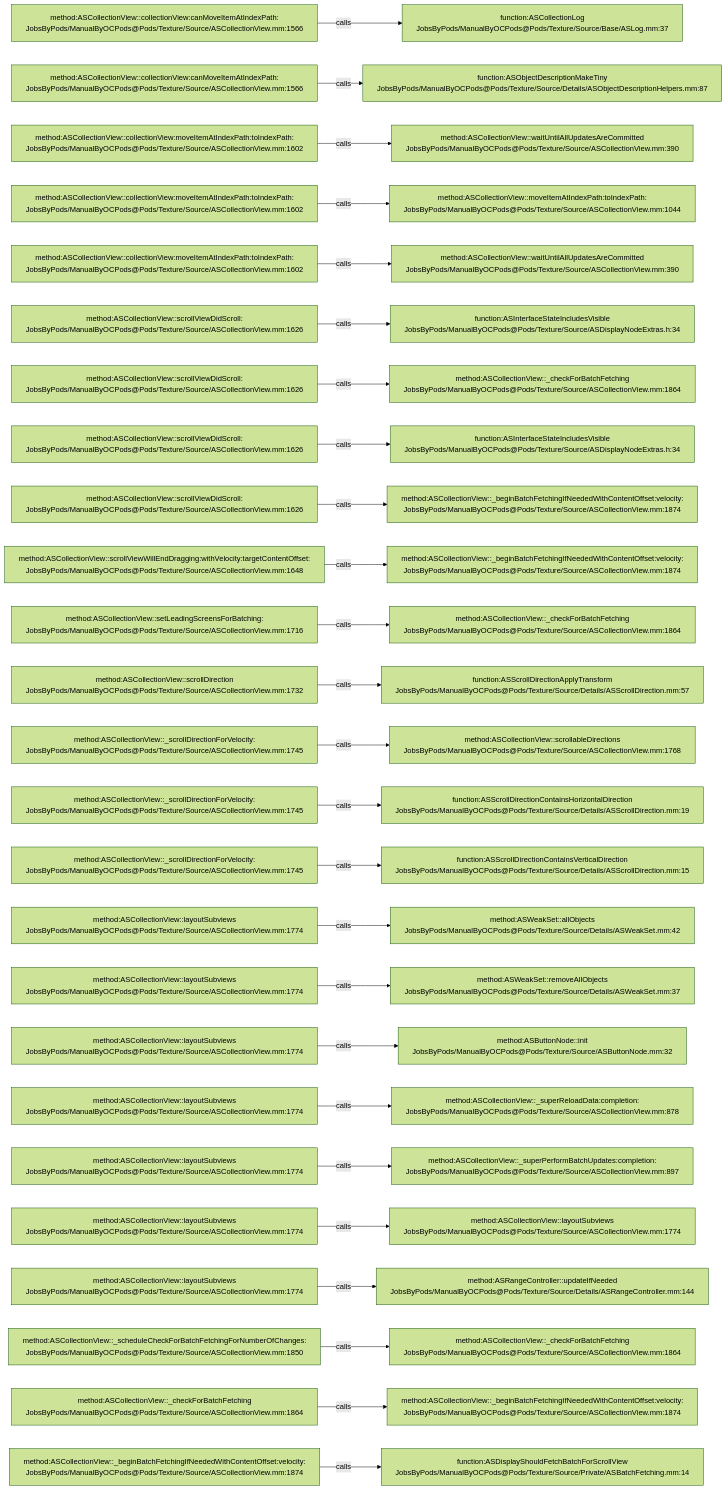
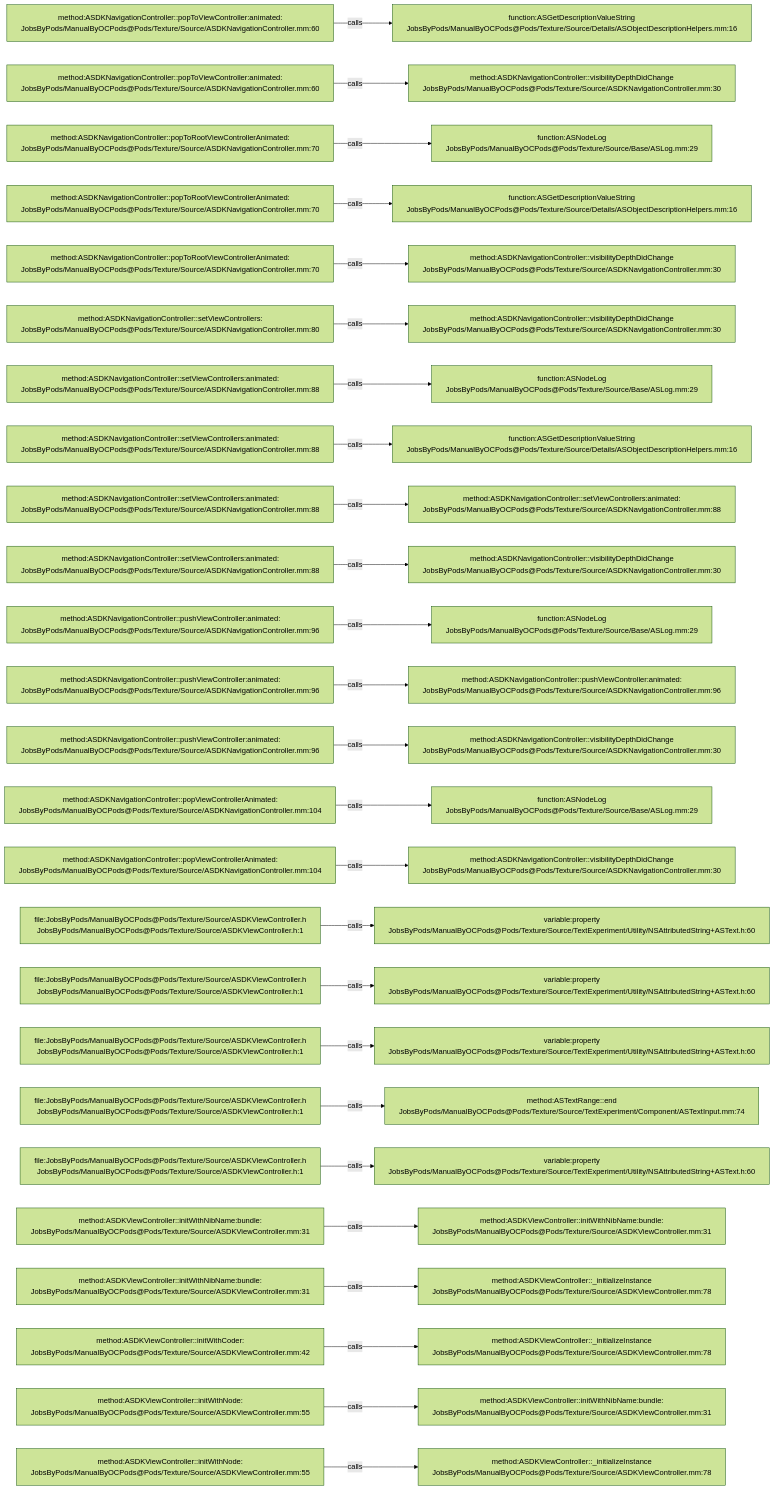
The diagram in .codegraph/codegraph.md/graphs/calls-080.md (JobsKits/JobsOCBaseConfigDemo), drawn with Mermaid (forest theme) before and after one commit. The commit also changed 1448 other files, not shown here.

````diff
--- a/.codegraph/codegraph.md/graphs/calls-080.md
+++ b/.codegraph/codegraph.md/graphs/calls-080.md
@@ -13,78 +13,78 @@
 ```mermaid
 flowchart LR
-  S1["method:ASCollectionView::collectionView:canMoveItemAtIndexPath:<br/>JobsByPods/ManualByOCPods@Pods/Texture/Source/ASCollectionView.mm:1566"]
-  T1["function:ASCollectionLog<br/>JobsByPods/ManualByOCPods@Pods/Texture/Source/Base/ASLog.mm:37"]
+  S1["method:ASDKNavigationController::popToViewController:animated:<br/>JobsByPods/ManualByOCPods@Pods/Texture/Source/ASDKNavigationController.mm:60"]
+  T1["function:ASGetDescriptionValueString<br/>JobsByPods/ManualByOCPods@Pods/Texture/Source/Details/ASObjectDescriptionHelpers.mm:16"]
   S1 -->|calls| T1
-  S2["method:ASCollectionView::collectionView:canMoveItemAtIndexPath:<br/>JobsByPods/ManualByOCPods@Pods/Texture/Source/ASCollectionView.mm:1566"]
-  T2["function:ASObjectDescriptionMakeTiny<br/>JobsByPods/ManualByOCPods@Pods/Texture/Source/Details/ASObjectDescriptionHelpers.mm:87"]
+  S2["method:ASDKNavigationController::popToViewController:animated:<br/>JobsByPods/ManualByOCPods@Pods/Texture/Source/ASDKNavigationController.mm:60"]
+  T2["method:ASDKNavigationController::visibilityDepthDidChange<br/>JobsByPods/ManualByOCPods@Pods/Texture/Source/ASDKNavigationController.mm:30"]
   S2 -->|calls| T2
-  S3["method:ASCollectionView::collectionView:moveItemAtIndexPath:toIndexPath:<br/>JobsByPods/ManualByOCPods@Pods/Texture/Source/ASCollectionView.mm:1602"]
-  T3["method:ASCollectionView::waitUntilAllUpdatesAreCommitted<br/>JobsByPods/ManualByOCPods@Pods/Texture/Source/ASCollectionView.mm:390"]
+  S3["method:ASDKNavigationController::popToRootViewControllerAnimated:<br/>JobsByPods/ManualByOCPods@Pods/Texture/Source/ASDKNavigationController.mm:70"]
+  T3["function:ASNodeLog<br/>JobsByPods/ManualByOCPods@Pods/Texture/Source/Base/ASLog.mm:29"]
   S3 -->|calls| T3
-  S4["method:ASCollectionView::collectionView:moveItemAtIndexPath:toIndexPath:<br/>JobsByPods/ManualByOCPods@Pods/Texture/Source/ASCollectionView.mm:1602"]
-  T4["method:ASCollectionView::moveItemAtIndexPath:toIndexPath:<br/>JobsByPods/ManualByOCPods@Pods/Texture/Source/ASCollectionView.mm:1044"]
+  S4["method:ASDKNavigationController::popToRootViewControllerAnimated:<br/>JobsByPods/ManualByOCPods@Pods/Texture/Source/ASDKNavigationController.mm:70"]
+  T4["function:ASGetDescriptionValueString<br/>JobsByPods/ManualByOCPods@Pods/Texture/Source/Details/ASObjectDescriptionHelpers.mm:16"]
   S4 -->|calls| T4
-  S5["method:ASCollectionView::collectionView:moveItemAtIndexPath:toIndexPath:<br/>JobsByPods/ManualByOCPods@Pods/Texture/Source/ASCollectionView.mm:1602"]
-  T5["method:ASCollectionView::waitUntilAllUpdatesAreCommitted<br/>JobsByPods/ManualByOCPods@Pods/Texture/Source/ASCollectionView.mm:390"]
+  S5["method:ASDKNavigationController::popToRootViewControllerAnimated:<br/>JobsByPods/ManualByOCPods@Pods/Texture/Source/ASDKNavigationController.mm:70"]
+  T5["method:ASDKNavigationController::visibilityDepthDidChange<br/>JobsByPods/ManualByOCPods@Pods/Texture/Source/ASDKNavigationController.mm:30"]
   S5 -->|calls| T5
-  S6["method:ASCollectionView::scrollViewDidScroll:<br/>JobsByPods/ManualByOCPods@Pods/Texture/Source/ASCollectionView.mm:1626"]
-  T6["function:ASInterfaceStateIncludesVisible<br/>JobsByPods/ManualByOCPods@Pods/Texture/Source/ASDisplayNodeExtras.h:34"]
+  S6["method:ASDKNavigationController::setViewControllers:<br/>JobsByPods/ManualByOCPods@Pods/Texture/Source/ASDKNavigationController.mm:80"]
+  T6["method:ASDKNavigationController::visibilityDepthDidChange<br/>JobsByPods/ManualByOCPods@Pods/Texture/Source/ASDKNavigationController.mm:30"]
   S6 -->|calls| T6
-  S7["method:ASCollectionView::scrollViewDidScroll:<br/>JobsByPods/ManualByOCPods@Pods/Texture/Source/ASCollectionView.mm:1626"]
-  T7["method:ASCollectionView::_checkForBatchFetching<br/>JobsByPods/ManualByOCPods@Pods/Texture/Source/ASCollectionView.mm:1864"]
+  S7["method:ASDKNavigationController::setViewControllers:animated:<br/>JobsByPods/ManualByOCPods@Pods/Texture/Source/ASDKNavigationController.mm:88"]
+  T7["function:ASNodeLog<br/>JobsByPods/ManualByOCPods@Pods/Texture/Source/Base/ASLog.mm:29"]
   S7 -->|calls| T7
-  S8["method:ASCollectionView::scrollViewDidScroll:<br/>JobsByPods/ManualByOCPods@Pods/Texture/Source/ASCollectionView.mm:1626"]
-  T8["function:ASInterfaceStateIncludesVisible<br/>JobsByPods/ManualByOCPods@Pods/Texture/Source/ASDisplayNodeExtras.h:34"]
+  S8["method:ASDKNavigationController::setViewControllers:animated:<br/>JobsByPods/ManualByOCPods@Pods/Texture/Source/ASDKNavigationController.mm:88"]
+  T8["function:ASGetDescriptionValueString<br/>JobsByPods/ManualByOCPods@Pods/Texture/Source/Details/ASObjectDescriptionHelpers.mm:16"]
   S8 -->|calls| T8
-  S9["method:ASCollectionView::scrollViewDidScroll:<br/>JobsByPods/ManualByOCPods@Pods/Texture/Source/ASCollectionView.mm:1626"]
-  T9["method:ASCollectionView::_beginBatchFetchingIfNeededWithContentOffset:velocity:<br/>JobsByPods/ManualByOCPods@Pods/Texture/Source/ASCollectionView.mm:1874"]
+  S9["method:ASDKNavigationController::setViewControllers:animated:<br/>JobsByPods/ManualByOCPods@Pods/Texture/Source/ASDKNavigationController.mm:88"]
+  T9["method:ASDKNavigationController::setViewControllers:animated:<br/>JobsByPods/ManualByOCPods@Pods/Texture/Source/ASDKNavigationController.mm:88"]
   S9 -->|calls| T9
-  S10["method:ASCollectionView::scrollViewWillEndDragging:withVelocity:targetContentOffset:<br/>JobsByPods/ManualByOCPods@Pods/Texture/Source/ASCollectionView.mm:1648"]
-  T10["method:ASCollectionView::_beginBatchFetchingIfNeededWithContentOffset:velocity:<br/>JobsByPods/ManualByOCPods@Pods/Texture/Source/ASCollectionView.mm:1874"]
+  S10["method:ASDKNavigationController::setViewControllers:animated:<br/>JobsByPods/ManualByOCPods@Pods/Texture/Source/ASDKNavigationController.mm:88"]
+  T10["method:ASDKNavigationController::visibilityDepthDidChange<br/>JobsByPods/ManualByOCPods@Pods/Texture/Source/ASDKNavigationController.mm:30"]
   S10 -->|calls| T10
-  S11["method:ASCollectionView::setLeadingScreensForBatching:<br/>JobsByPods/ManualByOCPods@Pods/Texture/Source/ASCollectionView.mm:1716"]
-  T11["method:ASCollectionView::_checkForBatchFetching<br/>JobsByPods/ManualByOCPods@Pods/Texture/Source/ASCollectionView.mm:1864"]
+  S11["method:ASDKNavigationController::pushViewController:animated:<br/>JobsByPods/ManualByOCPods@Pods/Texture/Source/ASDKNavigationController.mm:96"]
+  T11["function:ASNodeLog<br/>JobsByPods/ManualByOCPods@Pods/Texture/Source/Base/ASLog.mm:29"]
   S11 -->|calls| T11
-  S12["method:ASCollectionView::scrollDirection<br/>JobsByPods/ManualByOCPods@Pods/Texture/Source/ASCollectionView.mm:1732"]
-  T12["function:ASScrollDirectionApplyTransform<br/>JobsByPods/ManualByOCPods@Pods/Texture/Source/Details/ASScrollDirection.mm:57"]
+  S12["method:ASDKNavigationController::pushViewController:animated:<br/>JobsByPods/ManualByOCPods@Pods/Texture/Source/ASDKNavigationController.mm:96"]
+  T12["method:ASDKNavigationController::pushViewController:animated:<br/>JobsByPods/ManualByOCPods@Pods/Texture/Source/ASDKNavigationController.mm:96"]
   S12 -->|calls| T12
-  S13["method:ASCollectionView::_scrollDirectionForVelocity:<br/>JobsByPods/ManualByOCPods@Pods/Texture/Source/ASCollectionView.mm:1745"]
-  T13["method:ASCollectionView::scrollableDirections<br/>JobsByPods/ManualByOCPods@Pods/Texture/Source/ASCollectionView.mm:1768"]
+  S13["method:ASDKNavigationController::pushViewController:animated:<br/>JobsByPods/ManualByOCPods@Pods/Texture/Source/ASDKNavigationController.mm:96"]
+  T13["method:ASDKNavigationController::visibilityDepthDidChange<br/>JobsByPods/ManualByOCPods@Pods/Texture/Source/ASDKNavigationController.mm:30"]
   S13 -->|calls| T13
-  S14["method:ASCollectionView::_scrollDirectionForVelocity:<br/>JobsByPods/ManualByOCPods@Pods/Texture/Source/ASCollectionView.mm:1745"]
-  T14["function:ASScrollDirectionContainsHorizontalDirection<br/>JobsByPods/ManualByOCPods@Pods/Texture/Source/Details/ASScrollDirection.mm:19"]
+  S14["method:ASDKNavigationController::popViewControllerAnimated:<br/>JobsByPods/ManualByOCPods@Pods/Texture/Source/ASDKNavigationController.mm:104"]
+  T14["function:ASNodeLog<br/>JobsByPods/ManualByOCPods@Pods/Texture/Source/Base/ASLog.mm:29"]
   S14 -->|calls| T14
-  S15["method:ASCollectionView::_scrollDirectionForVelocity:<br/>JobsByPods/ManualByOCPods@Pods/Texture/Source/ASCollectionView.mm:1745"]
-  T15["function:ASScrollDirectionContainsVerticalDirection<br/>JobsByPods/ManualByOCPods@Pods/Texture/Source/Details/ASScrollDirection.mm:15"]
+  S15["method:ASDKNavigationController::popViewControllerAnimated:<br/>JobsByPods/ManualByOCPods@Pods/Texture/Source/ASDKNavigationController.mm:104"]
+  T15["method:ASDKNavigationController::visibilityDepthDidChange<br/>JobsByPods/ManualByOCPods@Pods/Texture/Source/ASDKNavigationController.mm:30"]
   S15 -->|calls| T15
-  S16["method:ASCollectionView::layoutSubviews<br/>JobsByPods/ManualByOCPods@Pods/Texture/Source/ASCollectionView.mm:1774"]
-  T16["method:ASWeakSet::allObjects<br/>JobsByPods/ManualByOCPods@Pods/Texture/Source/Details/ASWeakSet.mm:42"]
+  S16["file:JobsByPods/ManualByOCPods@Pods/Texture/Source/ASDKViewController.h<br/>JobsByPods/ManualByOCPods@Pods/Texture/Source/ASDKViewController.h:1"]
+  T16["variable:property<br/>JobsByPods/ManualByOCPods@Pods/Texture/Source/TextExperiment/Utility/NSAttributedString+ASText.h:60"]
   S16 -->|calls| T16
-  S17["method:ASCollectionView::layoutSubviews<br/>JobsByPods/ManualByOCPods@Pods/Texture/Source/ASCollectionView.mm:1774"]
-  T17["method:ASWeakSet::removeAllObjects<br/>JobsByPods/ManualByOCPods@Pods/Texture/Source/Details/ASWeakSet.mm:37"]
+  S17["file:JobsByPods/ManualByOCPods@Pods/Texture/Source/ASDKViewController.h<br/>JobsByPods/ManualByOCPods@Pods/Texture/Source/ASDKViewController.h:1"]
+  T17["variable:property<br/>JobsByPods/ManualByOCPods@Pods/Texture/Source/TextExperiment/Utility/NSAttributedString+ASText.h:60"]
   S17 -->|calls| T17
-  S18["method:ASCollectionView::layoutSubviews<br/>JobsByPods/ManualByOCPods@Pods/Texture/Source/ASCollectionView.mm:1774"]
-  T18["method:ASButtonNode::init<br/>JobsByPods/ManualByOCPods@Pods/Texture/Source/ASButtonNode.mm:32"]
+  S18["file:JobsByPods/ManualByOCPods@Pods/Texture/Source/ASDKViewController.h<br/>JobsByPods/ManualByOCPods@Pods/Texture/Source/ASDKViewController.h:1"]
+  T18["variable:property<br/>JobsByPods/ManualByOCPods@Pods/Texture/Source/TextExperiment/Utility/NSAttributedString+ASText.h:60"]
   S18 -->|calls| T18
-  S19["method:ASCollectionView::layoutSubviews<br/>JobsByPods/ManualByOCPods@Pods/Texture/Source/ASCollectionView.mm:1774"]
-  T19["method:ASCollectionView::_superReloadData:completion:<br/>JobsByPods/ManualByOCPods@Pods/Texture/Source/ASCollectionView.mm:878"]
+  S19["file:JobsByPods/ManualByOCPods@Pods/Texture/Source/ASDKViewController.h<br/>JobsByPods/ManualByOCPods@Pods/Texture/Source/ASDKViewController.h:1"]
+  T19["method:ASTextRange::end<br/>JobsByPods/ManualByOCPods@Pods/Texture/Source/TextExperiment/Component/ASTextInput.mm:74"]
   S19 -->|calls| T19
-  S20["method:ASCollectionView::layoutSubviews<br/>JobsByPods/ManualByOCPods@Pods/Texture/Source/ASCollectionView.mm:1774"]
-  T20["method:ASCollectionView::_superPerformBatchUpdates:completion:<br/>JobsByPods/ManualByOCPods@Pods/Texture/Source/ASCollectionView.mm:897"]
+  S20["file:JobsByPods/ManualByOCPods@Pods/Texture/Source/ASDKViewController.h<br/>JobsByPods/ManualByOCPods@Pods/Texture/Source/ASDKViewController.h:1"]
+  T20["variable:property<br/>JobsByPods/ManualByOCPods@Pods/Texture/Source/TextExperiment/Utility/NSAttributedString+ASText.h:60"]
   S20 -->|calls| T20
-  S21["method:ASCollectionView::layoutSubviews<br/>JobsByPods/ManualByOCPods@Pods/Texture/Source/ASCollectionView.mm:1774"]
-  T21["method:ASCollectionView::layoutSubviews<br/>JobsByPods/ManualByOCPods@Pods/Texture/Source/ASCollectionView.mm:1774"]
+  S21["method:ASDKViewController::initWithNibName:bundle:<br/>JobsByPods/ManualByOCPods@Pods/Texture/Source/ASDKViewController.mm:31"]
+  T21["method:ASDKViewController::initWithNibName:bundle:<br/>JobsByPods/ManualByOCPods@Pods/Texture/Source/ASDKViewController.mm:31"]
   S21 -->|calls| T21
-  S22["method:ASCollectionView::layoutSubviews<br/>JobsByPods/ManualByOCPods@Pods/Texture/Source/ASCollectionView.mm:1774"]
-  T22["method:ASRangeController::updateIfNeeded<br/>JobsByPods/ManualByOCPods@Pods/Texture/Source/Details/ASRangeController.mm:144"]
+  S22["method:ASDKViewController::initWithNibName:bundle:<br/>JobsByPods/ManualByOCPods@Pods/Texture/Source/ASDKViewController.mm:31"]
+  T22["method:ASDKViewController::_initializeInstance<br/>JobsByPods/ManualByOCPods@Pods/Texture/Source/ASDKViewController.mm:78"]
   S22 -->|calls| T22
-  S23["method:ASCollectionView::_scheduleCheckForBatchFetchingForNumberOfChanges:<br/>JobsByPods/ManualByOCPods@Pods/Texture/Source/ASCollectionView.mm:1850"]
-  T23["method:ASCollectionView::_checkForBatchFetching<br/>JobsByPods/ManualByOCPods@Pods/Texture/Source/ASCollectionView.mm:1864"]
+  S23["method:ASDKViewController::initWithCoder:<br/>JobsByPods/ManualByOCPods@Pods/Texture/Source/ASDKViewController.mm:42"]
+  T23["method:ASDKViewController::_initializeInstance<br/>JobsByPods/ManualByOCPods@Pods/Texture/Source/ASDKViewController.mm:78"]
   S23 -->|calls| T23
-  S24["method:ASCollectionView::_checkForBatchFetching<br/>JobsByPods/ManualByOCPods@Pods/Texture/Source/ASCollectionView.mm:1864"]
-  T24["method:ASCollectionView::_beginBatchFetchingIfNeededWithContentOffset:velocity:<br/>JobsByPods/ManualByOCPods@Pods/Texture/Source/ASCollectionView.mm:1874"]
+  S24["method:ASDKViewController::initWithNode:<br/>JobsByPods/ManualByOCPods@Pods/Texture/Source/ASDKViewController.mm:55"]
+  T24["method:ASDKViewController::initWithNibName:bundle:<br/>JobsByPods/ManualByOCPods@Pods/Texture/Source/ASDKViewController.mm:31"]
   S24 -->|calls| T24
-  S25["method:ASCollectionView::_beginBatchFetchingIfNeededWithContentOffset:velocity:<br/>JobsByPods/ManualByOCPods@Pods/Texture/Source/ASCollectionView.mm:1874"]
-  T25["function:ASDisplayShouldFetchBatchForScrollView<br/>JobsByPods/ManualByOCPods@Pods/Texture/Source/Private/ASBatchFetching.mm:14"]
+  S25["method:ASDKViewController::initWithNode:<br/>JobsByPods/ManualByOCPods@Pods/Texture/Source/ASDKViewController.mm:55"]
+  T25["method:ASDKViewController::_initializeInstance<br/>JobsByPods/ManualByOCPods@Pods/Texture/Source/ASDKViewController.mm:78"]
   S25 -->|calls| T25
 ```
````
